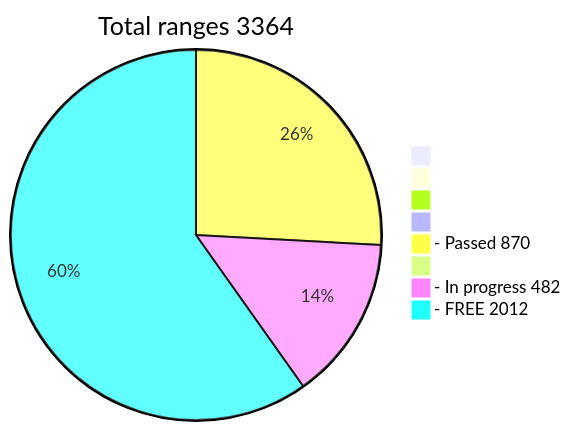
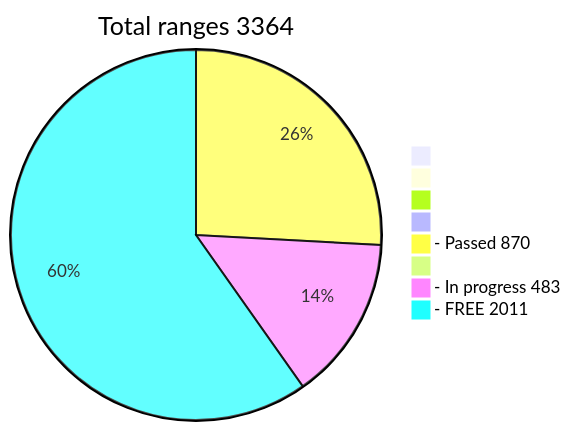
Before and after one commit to phrutis/wif500: the diagram in README.md, drawn with Mermaid.

````diff
--- a/README.md
+++ b/README.md
@@ -16,11 +16,11 @@
 ```mermaid
 pie title Total ranges 3364
              " " : 0
             "  " : 0
            "   " : 0
           "    " : 0
   "- Passed 870" : 870
          "     " : 0
-  "- In progress 482" : 482
-   "- FREE 2012" : 2012
+  "- In progress 483" : 483
+   "- FREE 2011" : 2011
 ```
````
